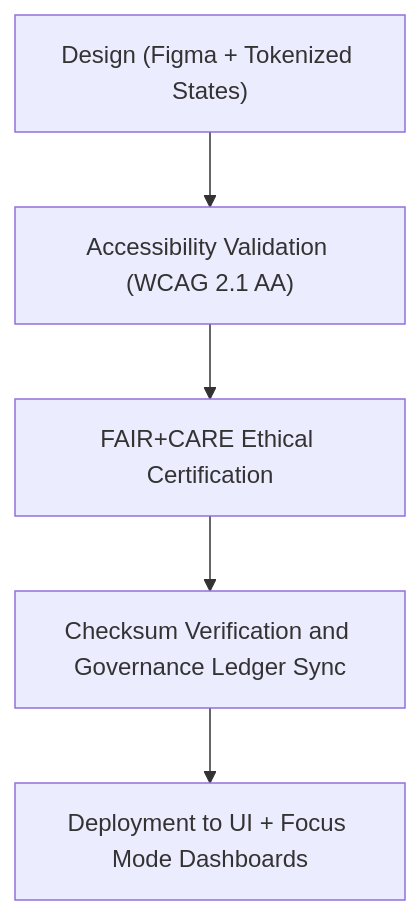
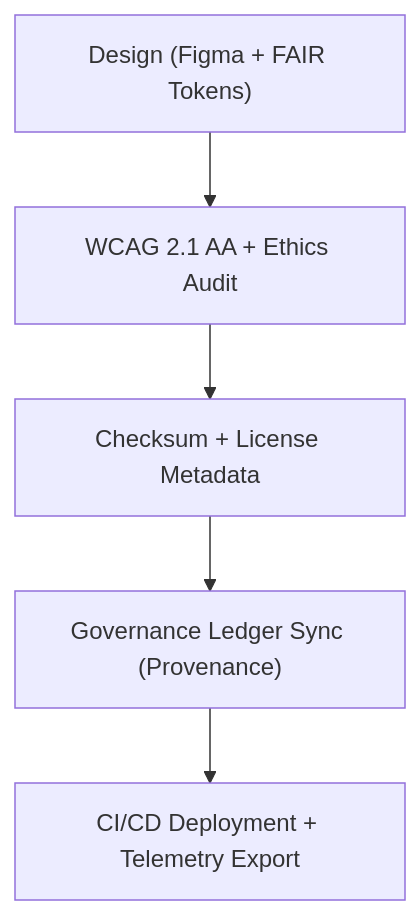
Before and after one commit to bartytime4life/Kansas-Frontier-Matrix: the diagram in web/public/icons/flags/README.md, drawn with Mermaid. The commit also changed other lines of this file, not shown here.

````diff
--- a/web/public/icons/flags/README.md
+++ b/web/public/icons/flags/README.md
@@ -65,7 +56,7 @@
 ```mermaid
 flowchart TD
-    A["Design (Figma + Tokenized States)"] --> B["Accessibility Validation (WCAG 2.1 AA)"]
-    B --> C["FAIR+CARE Ethical Certification"]
-    C --> D["Checksum Verification and Governance Ledger Sync"]
-    D --> E["Deployment to UI + Focus Mode Dashboards"]
+A["Design (Figma + FAIR Tokens)"] --> B["WCAG 2.1 AA + Ethics Audit"]
+B --> C["Checksum + License Metadata"]
+C --> D["Governance Ledger Sync (Provenance)"]
+D --> E["CI/CD Deployment + Telemetry Export"]
 ```
````
